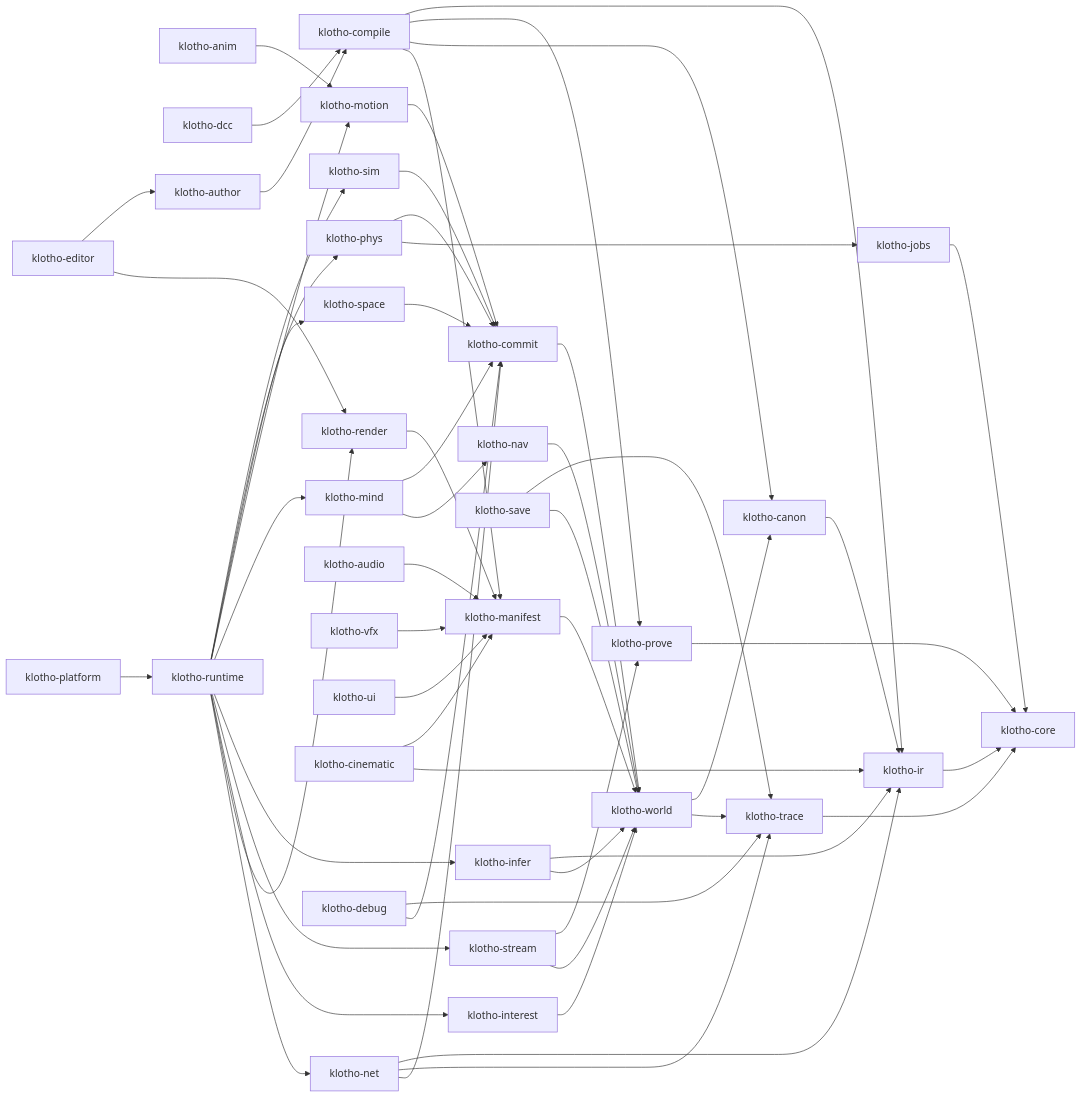
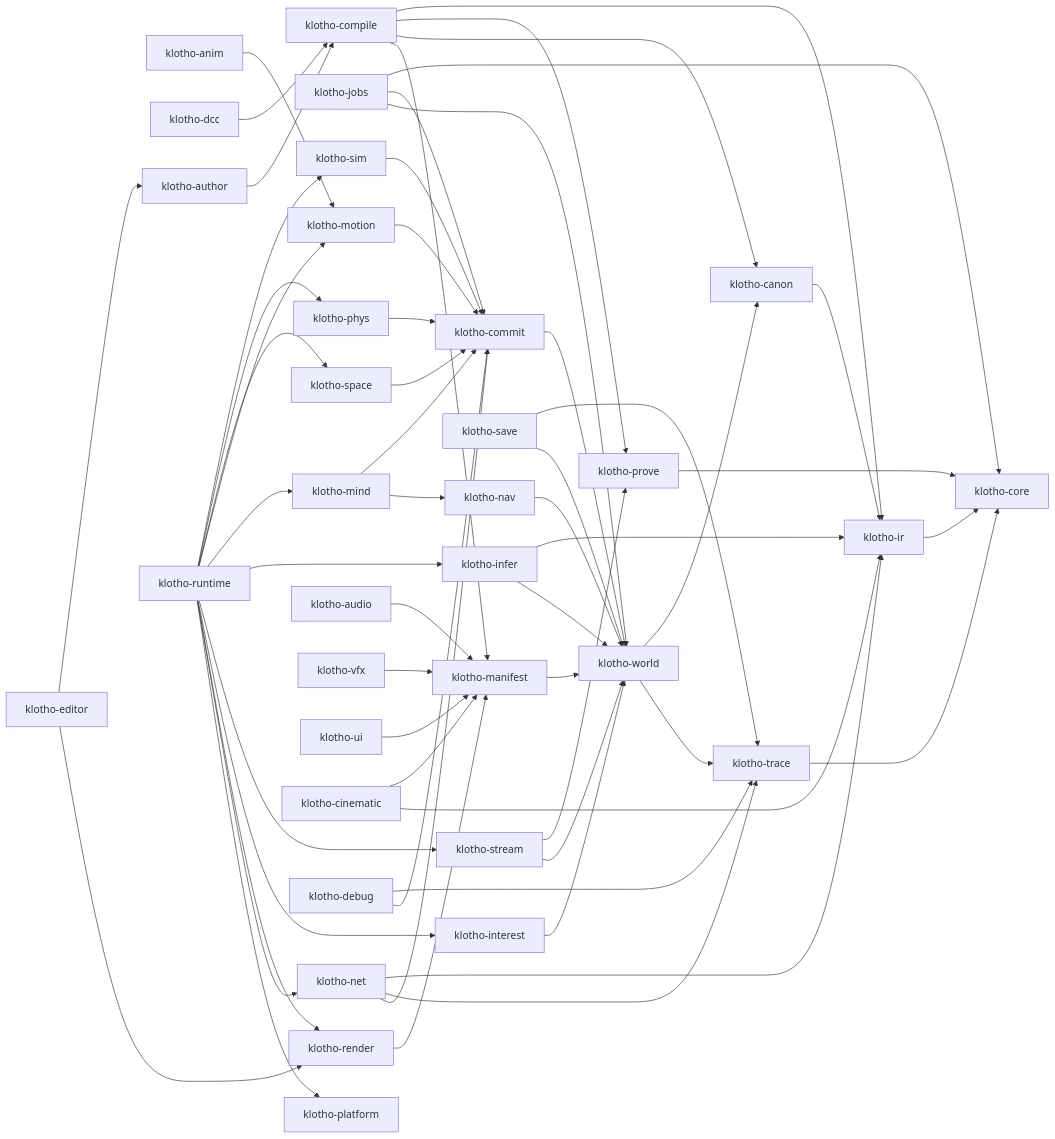
One commit to galkatz373/klotho changed the second of 7 diagrams in docs/hld-aaa.md. Above: the diagram before and after it, drawn with Mermaid. The commit also changed other lines of this file and 24 other files, not shown here.

````diff
--- a/docs/hld-aaa.md
+++ b/docs/hld-aaa.md
@@ -446,8 +446,9 @@
   sim --> commit
   interest --> world
   jobs --> core
+  jobs --> commit
+  jobs --> world
   phys --> commit
-  phys --> jobs
   space --> commit
   motion --> commit
   anim --> motion
@@ -490,5 +491,5 @@
   runtime --> interest
   runtime --> render
   runtime --> net
-  plat --> runtime
+  runtime --> plat
 ```
````
